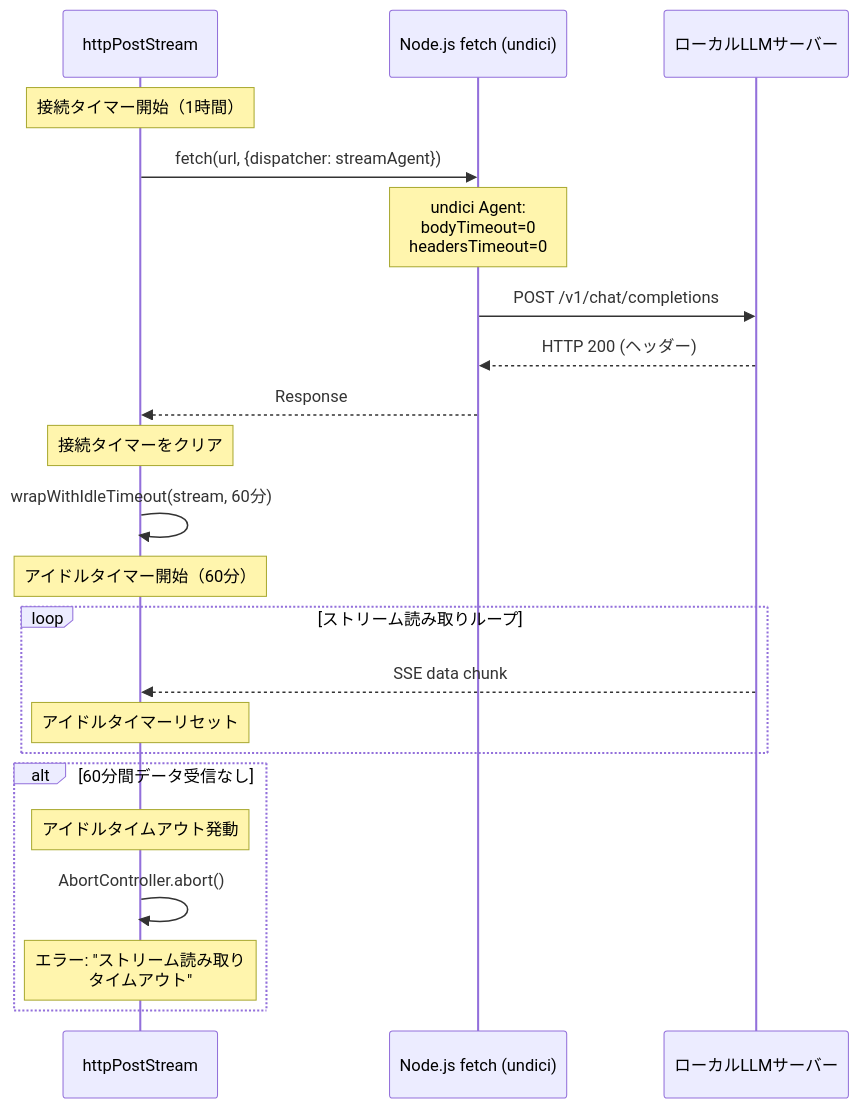
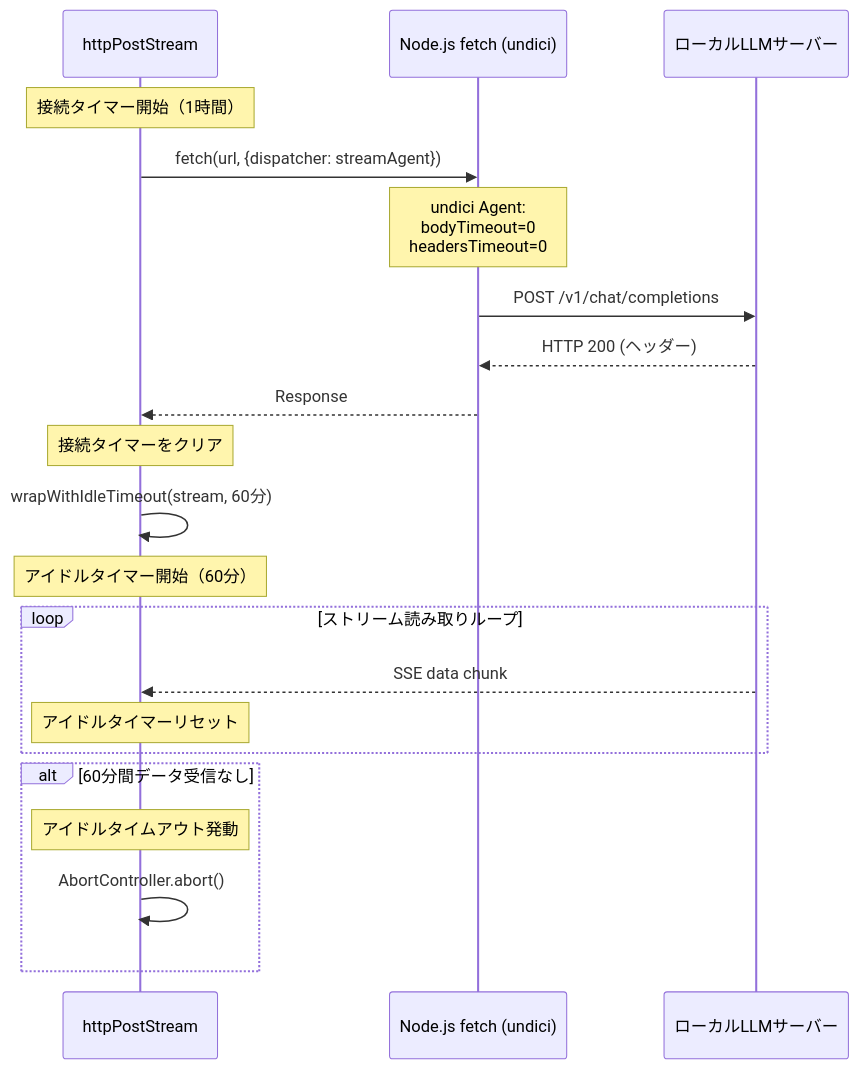
Before and after one commit to t2k2pp/lllmAgents: diagram 14 of 15 in docs/internal_design.md, drawn with Mermaid. The commit also changed other lines of this file and 10 other files, not shown here.

````diff
--- a/docs/internal_design.md
+++ b/docs/internal_design.md
@@ -754,28 +742,27 @@
 ```mermaid
 sequenceDiagram
     participant App as httpPostStream
     participant Undici as Node.js fetch (undici)
     participant LLM as ローカルLLMサーバー
 
     Note over App: 接続タイマー開始（1時間）
     App->>Undici: fetch(url, {dispatcher: streamAgent})
     Note over Undici: undici Agent:<br/>bodyTimeout=0<br/>headersTimeout=0
     Undici->>LLM: POST /v1/chat/completions
     LLM-->>Undici: HTTP 200 (ヘッダー)
     Undici-->>App: Response
     Note over App: 接続タイマーをクリア
 
     App->>App: wrapWithIdleTimeout(stream, 60分)
     Note over App: アイドルタイマー開始（60分）
 
     loop ストリーム読み取りループ
         LLM-->>App: SSE data chunk
         Note over App: アイドルタイマーリセット
     end
 
     alt 60分間データ受信なし
         Note over App: アイドルタイムアウト発動
         App->>App: AbortController.abort()
-        Note over App: エラー: "ストリーム読み取り<br/>タイムアウト"
     end
 ```
````
